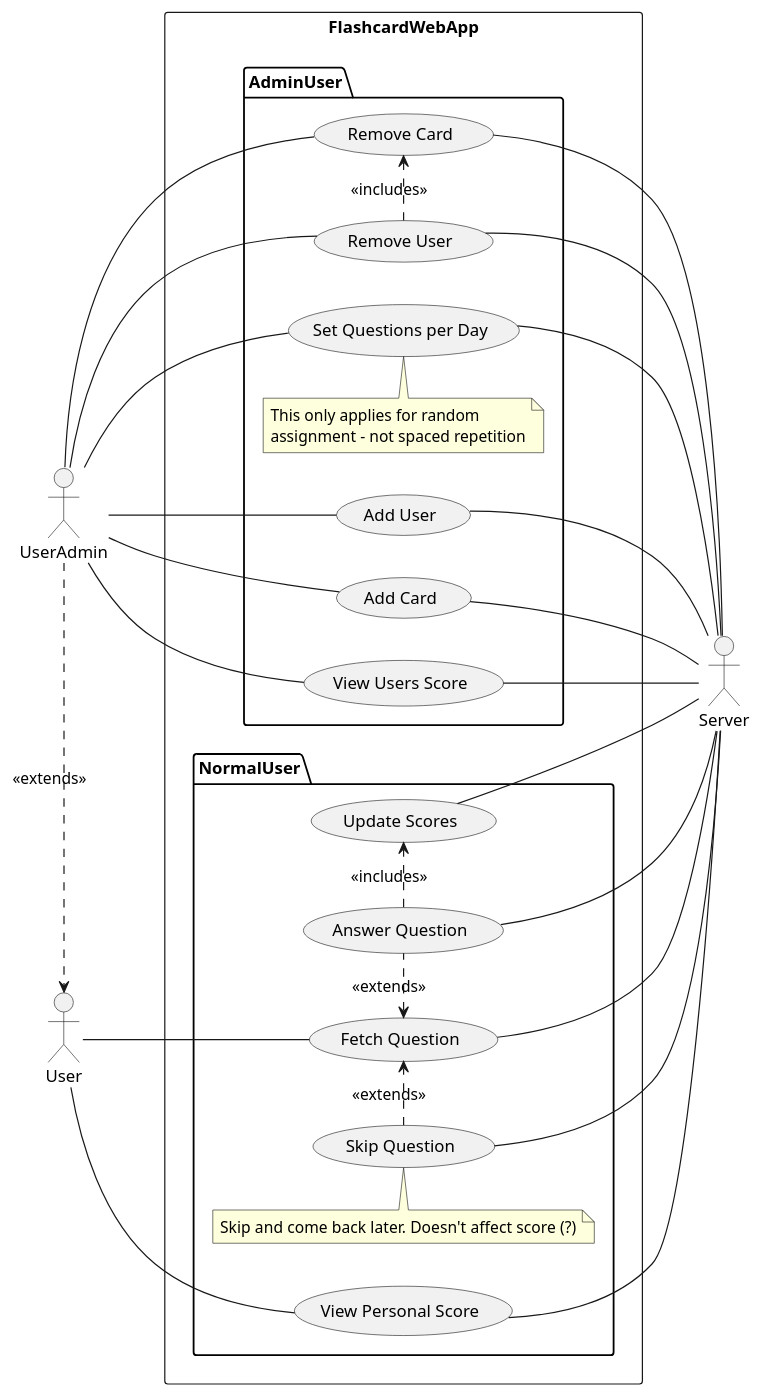
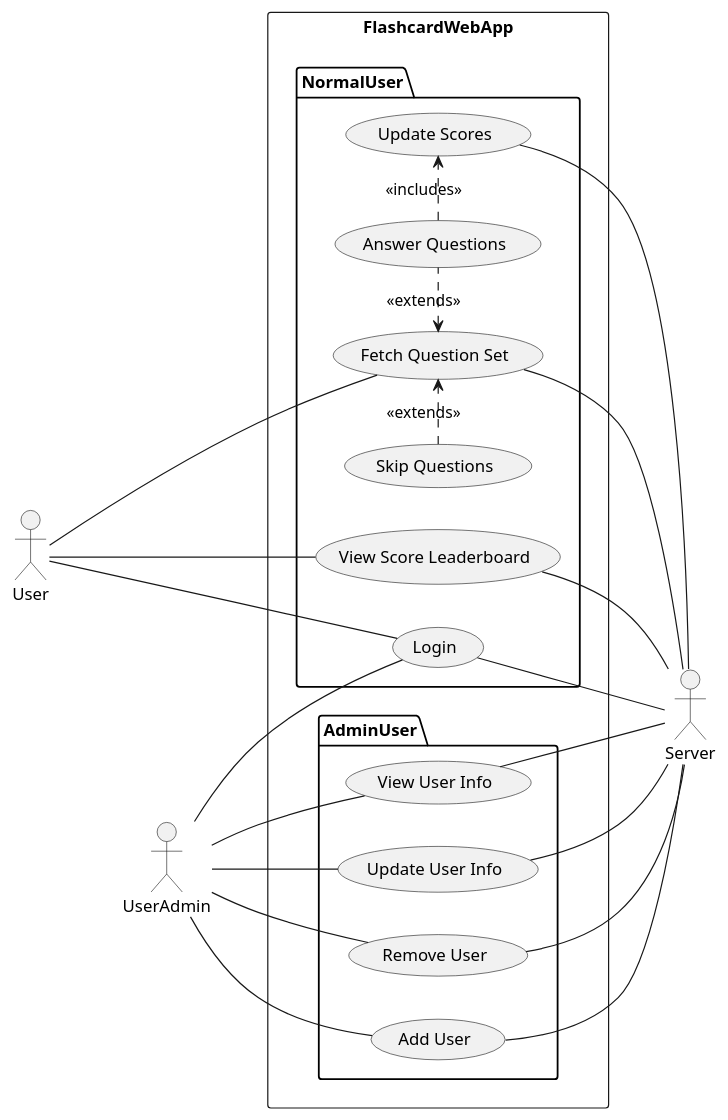
Before and after one commit to Sammon04/flashcard_app: the diagram in docs/uml-usecase.puml, drawn with PlantUML. The commit also changed 4 other files, not shown here.

Commit message:
Update UML diagrams

```diff
--- a/docs/uml-usecase.puml
+++ b/docs/uml-usecase.puml
@@ -1,50 +1,42 @@
 @startuml FlashcardUseCase
 
 left to right direction
 skinparam packageStyle rect
 
 actor User
 actor UserAdmin
 actor Server
 
-UserAdmin .> User : <<extends>>
-
 rectangle FlashcardWebApp {
     folder NormalUser {
-        User -- (Fetch Question)
-        (Fetch Question) -- Server
-        (Fetch Question) <. (Answer Question) : <<extends>>
-        (Skip Question) .> (Fetch Question) : <<extends>>
-        (Answer Question) -- Server
-        (Skip Question) -- Server
-        Note top of (Skip Question): Skip and come back later. Doesn't affect score (?)
-        (Answer Question) .> (Update Scores) : <<includes>>
+        User -- (Login)
+        (Login) -- Server
+        User -- (Fetch Question Set)
+        (Fetch Question Set) -- Server
+        (Fetch Question Set) <. (Answer Questions) : <<extends>>
+        (Skip Questions) .> (Fetch Question Set) : <<extends>>
+        (Answer Questions) .> (Update Scores) : <<includes>>
         (Update Scores) -- Server
 
-        User -- (View Personal Score)
-        (View Personal Score) -- Server
+        User --- (View Score Leaderboard)
+        (View Score Leaderboard) -- Server
     }
 
     folder AdminUser {
+        UserAdmin -- (Login)
+
         UserAdmin -- (Add User)
         (Add User) -- Server
+
+        UserAdmin -- (View User Info)
+        (View User Info) -- Server
+
+        UserAdmin -- (Update User Info)
+        (Update User Info) -- Server
+
         UserAdmin -- (Remove User)
         (Remove User) -- Server
-
-        UserAdmin -- (Add Card)
-        (Add Card) -- Server
-        UserAdmin -- (Remove Card)
-        (Remove Card) -- Server
-
-        (Remove User) .> (Remove Card) : <<includes>>
-
-        UserAdmin -- (View Users Score)
-        (View Users Score) -- Server
-
-        UserAdmin -- (Set Questions per Day)
-        (Set Questions per Day) -- Server
-        Note top of (Set Questions per Day): This only applies for random\nassignment - not spaced repetition
     }
 }
 
 @enduml
```
